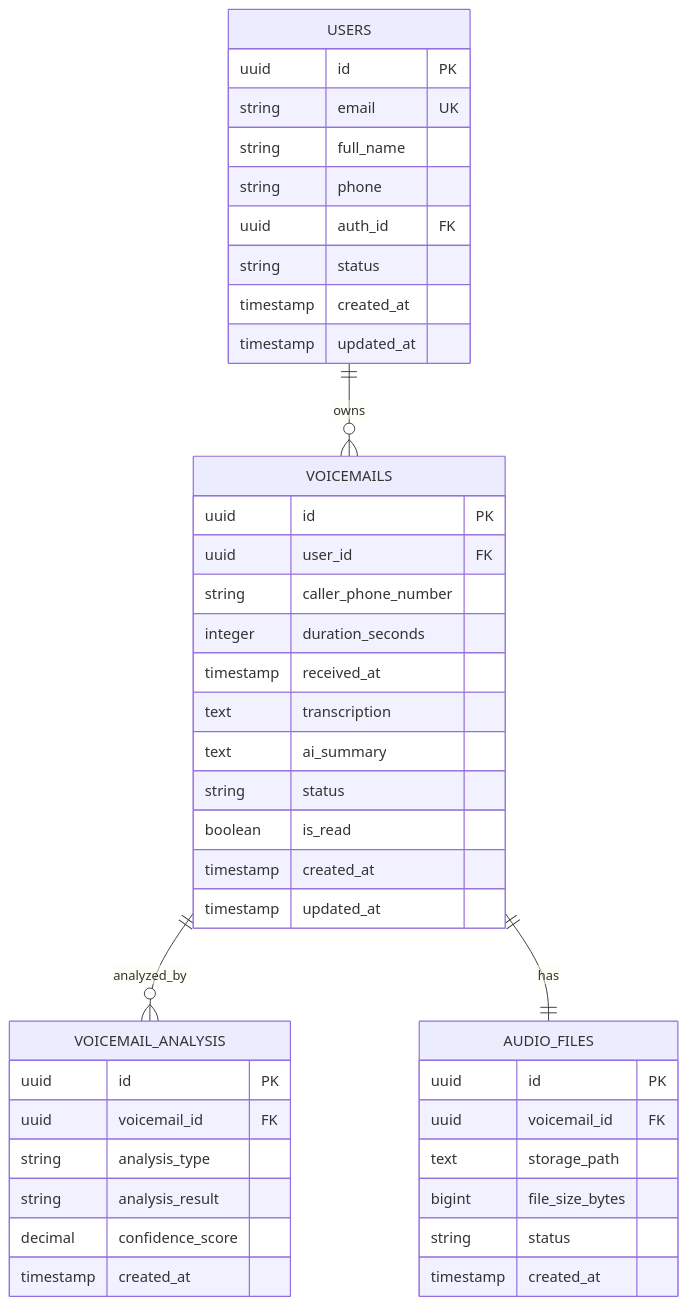
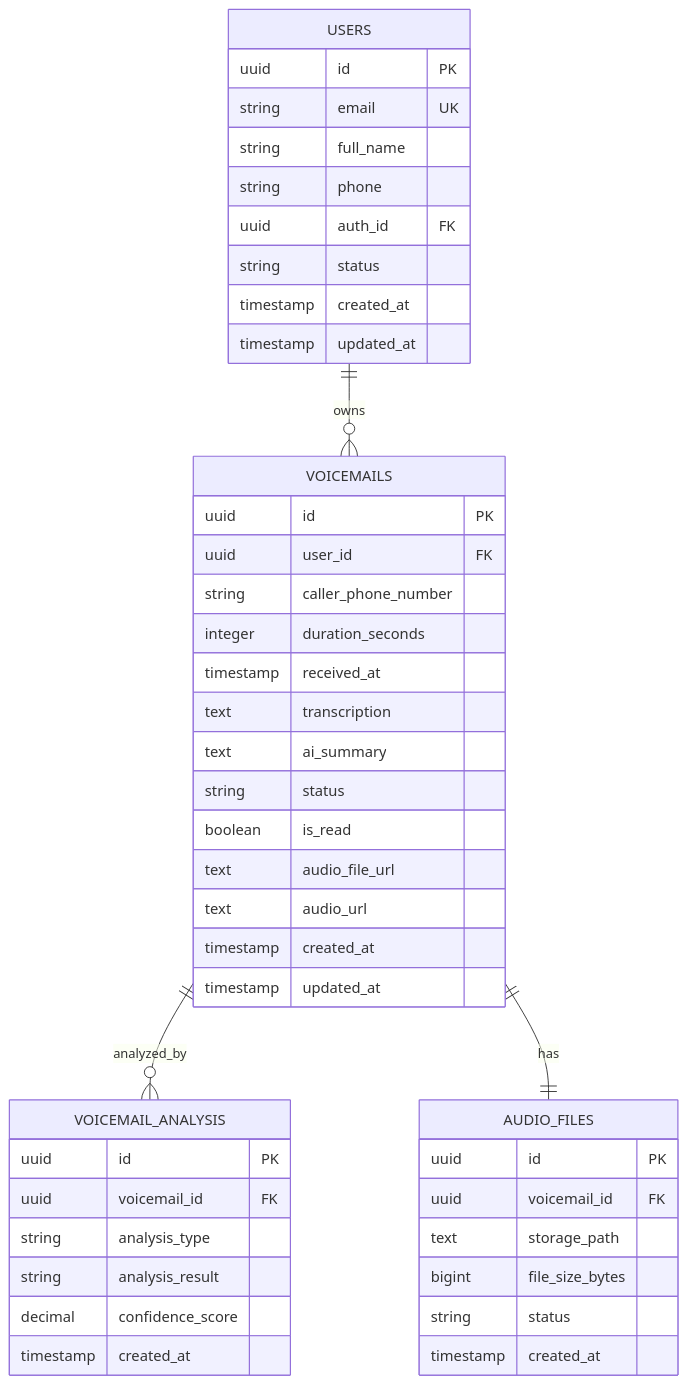
Before and after one commit to BoldysAI/voxnow-website: the diagram in docs/DATABASE_SCHEMA.md, drawn with Mermaid. The commit also changed other lines of this file and 2 other files, not shown here.

Commit message:
added audio listening inside platform

````diff
--- a/docs/DATABASE_SCHEMA.md
+++ b/docs/DATABASE_SCHEMA.md
@@ -373,50 +374,52 @@
 ```mermaid
 erDiagram
     USERS {
         uuid id PK
         string email UK
         string full_name
         string phone
         uuid auth_id FK
         string status
         timestamp created_at
         timestamp updated_at
     }
     
     VOICEMAILS {
         uuid id PK
         uuid user_id FK
         string caller_phone_number
         integer duration_seconds
         timestamp received_at
         text transcription
         text ai_summary
         string status
         boolean is_read
+        text audio_file_url
+        text audio_url
         timestamp created_at
         timestamp updated_at
     }
     
     VOICEMAIL_ANALYSIS {
         uuid id PK
         uuid voicemail_id FK
         string analysis_type
         string analysis_result
         decimal confidence_score
         timestamp created_at
     }
     
     AUDIO_FILES {
         uuid id PK
         uuid voicemail_id FK
         text storage_path
         bigint file_size_bytes
         string status
         timestamp created_at
     }
     
     %% Current Relationships
     USERS ||--o{ VOICEMAILS : "owns"
     VOICEMAILS ||--o{ VOICEMAIL_ANALYSIS : "analyzed_by"
     VOICEMAILS ||--|| AUDIO_FILES : "has"
 ```
````
